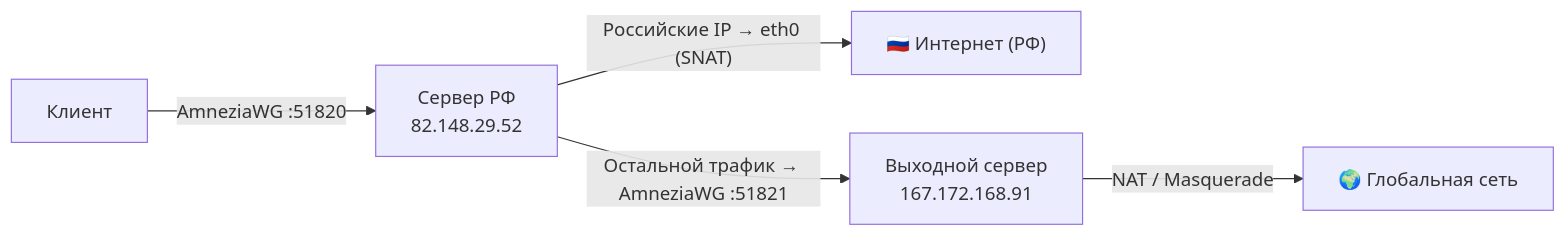
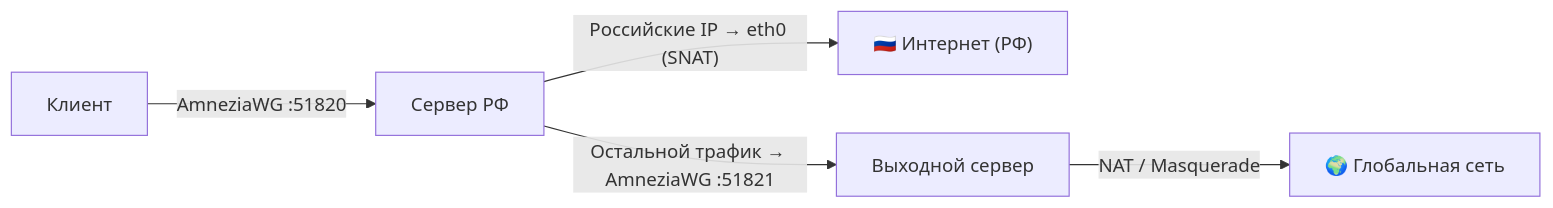
Before and after one commit to bezeusgptr/AmneziaWG-ProxyChain: the diagram in architecture.md, drawn with Mermaid. The commit also changed other lines of this file and 1 other file, not shown here.

Commit message:
docs: Remove hardcoded IP addresses from all documentation

````diff
--- a/architecture.md
+++ b/architecture.md
@@ -5,7 +5,7 @@
 ```mermaid
 graph LR
-    Client[Клиент] -- "AmneziaWG :51820" --> S1["Сервер РФ\n82.148.29.52"]
+    Client[Клиент] -- "AmneziaWG :51820" --> S1["Сервер РФ"]
     S1 -- "Российские IP → eth0 (SNAT)" --> RU_Internet["🇷🇺 Интернет (РФ)"]
-    S1 -- "Остальной трафик → AmneziaWG :51821" --> S2["Выходной сервер\n167.172.168.91"]
+    S1 -- "Остальной трафик → AmneziaWG :51821" --> S2["Выходной сервер"]
     S2 -- "NAT / Masquerade" --> Internet["🌍 Глобальная сеть"]
 ```
````
